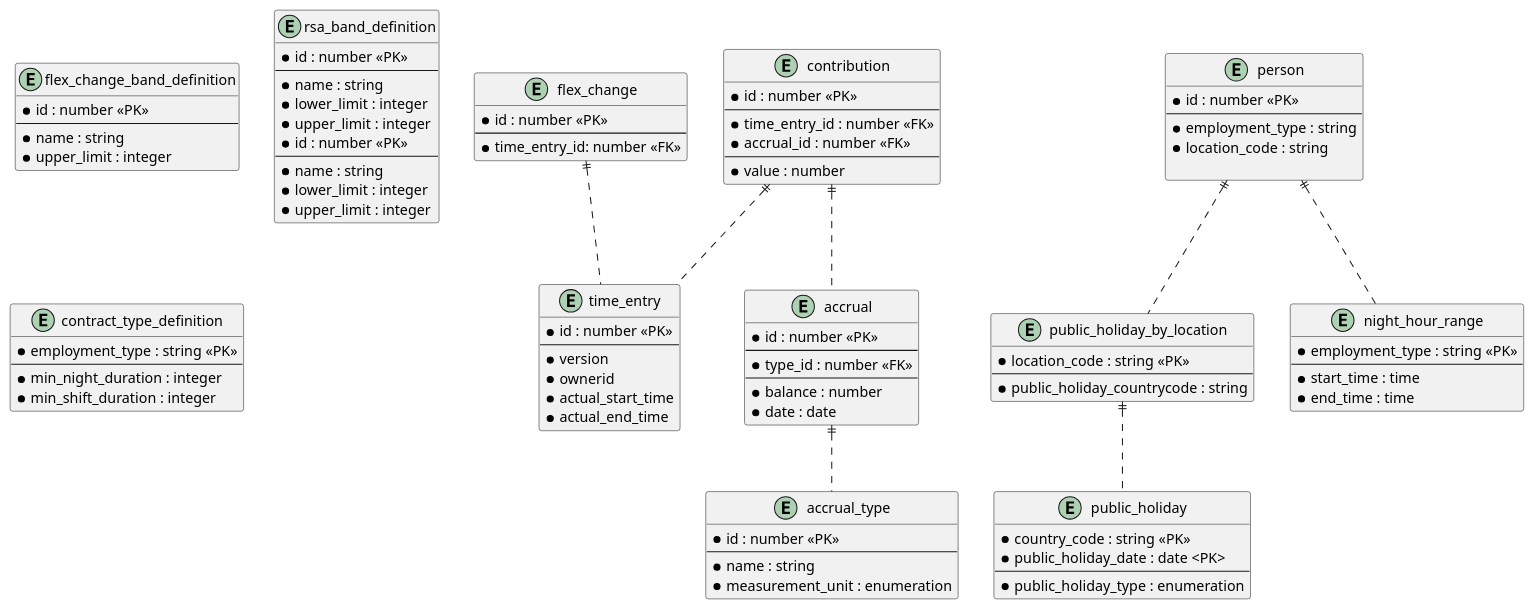
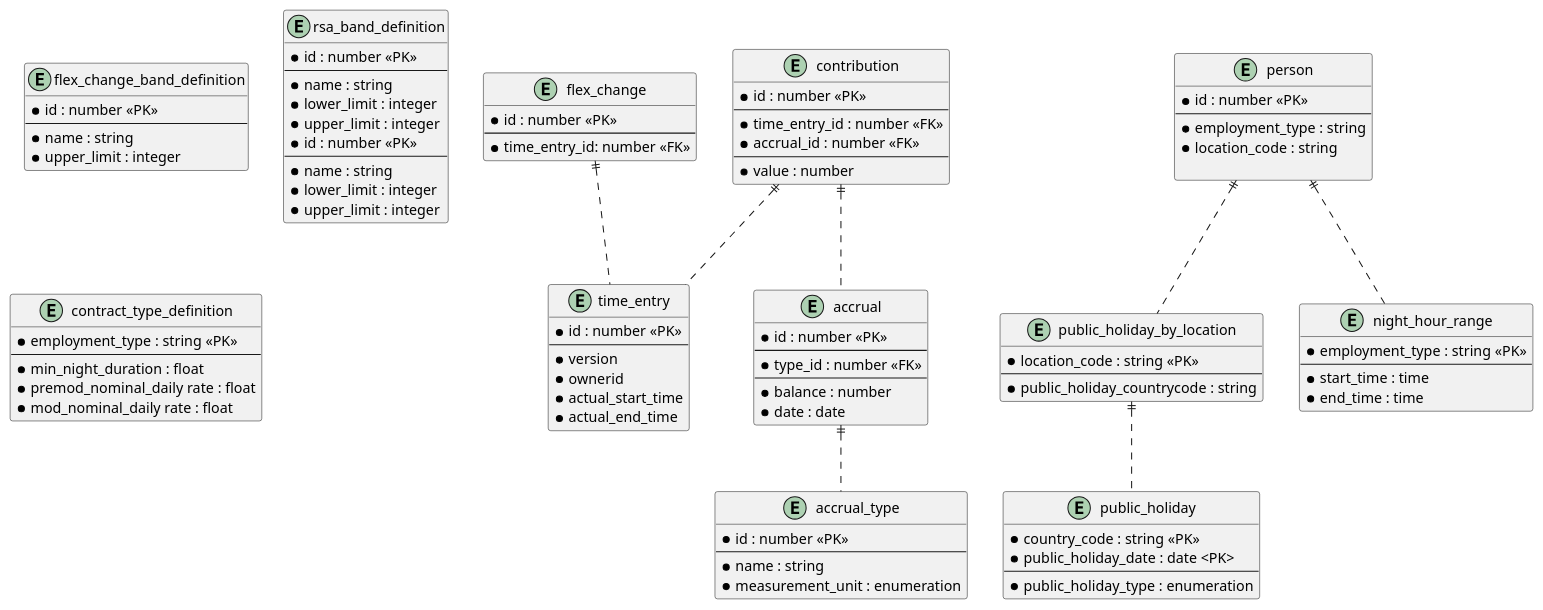
The diagram in docs/storage-model.puml (UKHomeOffice/callisto-accruals-restapi), drawn with PlantUML before and after one commit. The commit also changed 1 other file, not shown here.

```diff
--- a/docs/storage-model.puml
+++ b/docs/storage-model.puml
@@ -1,111 +1,112 @@
 @startuml
 
 entity time_entry {
   * id : number <<PK>>
   --
   * version
   * ownerid
   * actual_start_time
   * actual_end_time
 }
 
 entity flex_change {
   * id : number <<PK>>
   --
   * time_entry_id: number <<FK>>
 }
 
 entity accrual {
   * id : number <<PK>>
   --
   * type_id : number <<FK>>
   --
   * balance : number
   * date : date
 }
 
 entity contribution {
   * id : number <<PK>>
   --
   * time_entry_id : number <<FK>>
   * accrual_id : number <<FK>>
   --
   * value : number
 }
 
 entity accrual_type {
   * id : number <<PK>>
   --
   * name : string
   * measurement_unit : enumeration
 }
 
 accrual ||.. accrual_type
 contribution ||.. accrual
 contribution ||.. time_entry
 flex_change ||.. time_entry
 
 entity person {
   * id : number <<PK>>
   --
   * employment_type : string
   * location_code : string
   
 }
 
 entity public_holiday_by_location {
   * location_code : string <<PK>>
   --
   * public_holiday_countrycode : string
 }
 
 entity public_holiday {
   * country_code : string <<PK>>
   * public_holiday_date : date <PK>
   --
   * public_holiday_type : enumeration
 }
 
 person ||.. public_holiday_by_location
 public_holiday_by_location ||.. public_holiday
 
 entity flex_change_band_definition {
   * id : number <<PK>>
   --
   * name : string
   * upper_limit : integer
 }
   
 entity rsa_band_definition {
   * id : number <<PK>>
   --
   * name : string
   * lower_limit : integer
   * upper_limit : integer
 }
 
 entity rsa_band_definition {
   * id : number <<PK>>
   --
   * name : string
   * lower_limit : integer
   * upper_limit : integer
 }
 
 entity night_hour_range {
   * employment_type : string <<PK>>
   --
   * start_time : time
   * end_time : time
 }
 
 person ||.. night_hour_range
 
 entity contract_type_definition {
   * employment_type : string <<PK>>
   --
-  * min_night_duration : integer
-  * min_shift_duration : integer
+  * min_night_duration : float
+  * premod_nominal_daily rate : float
+  * mod_nominal_daily rate : float
 }
 
 @enduml
```
